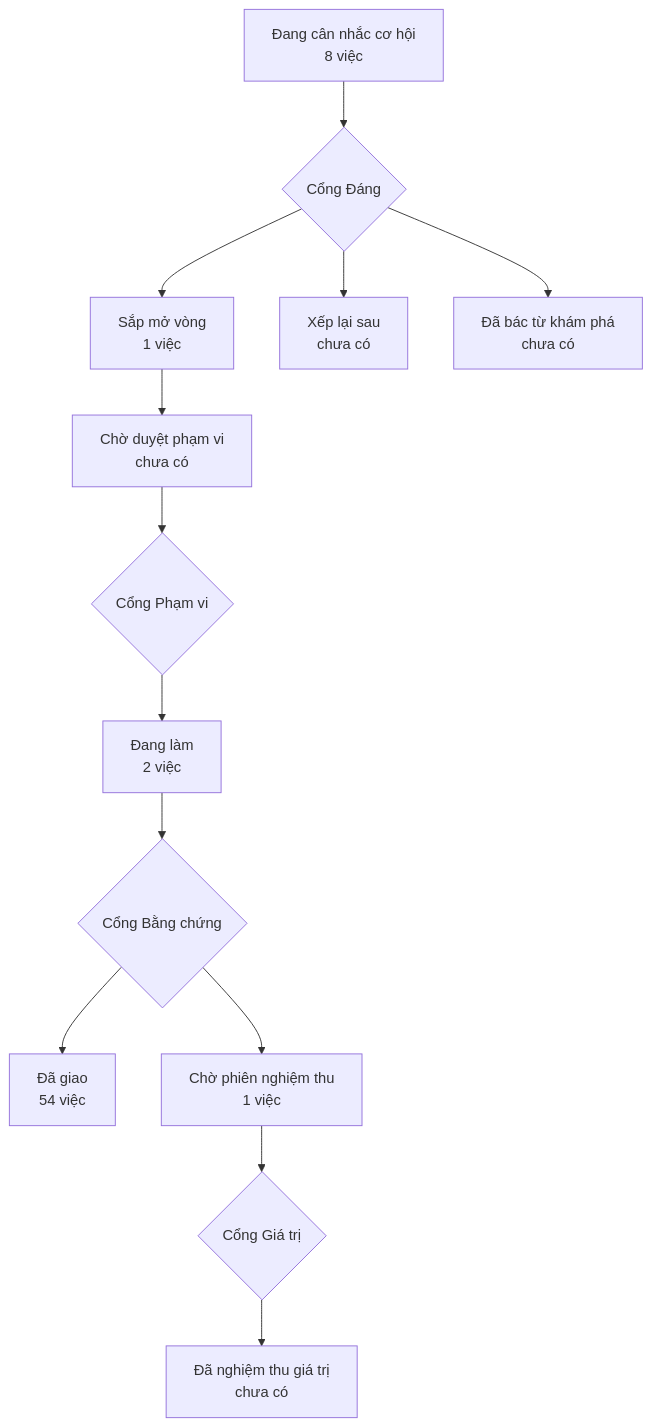
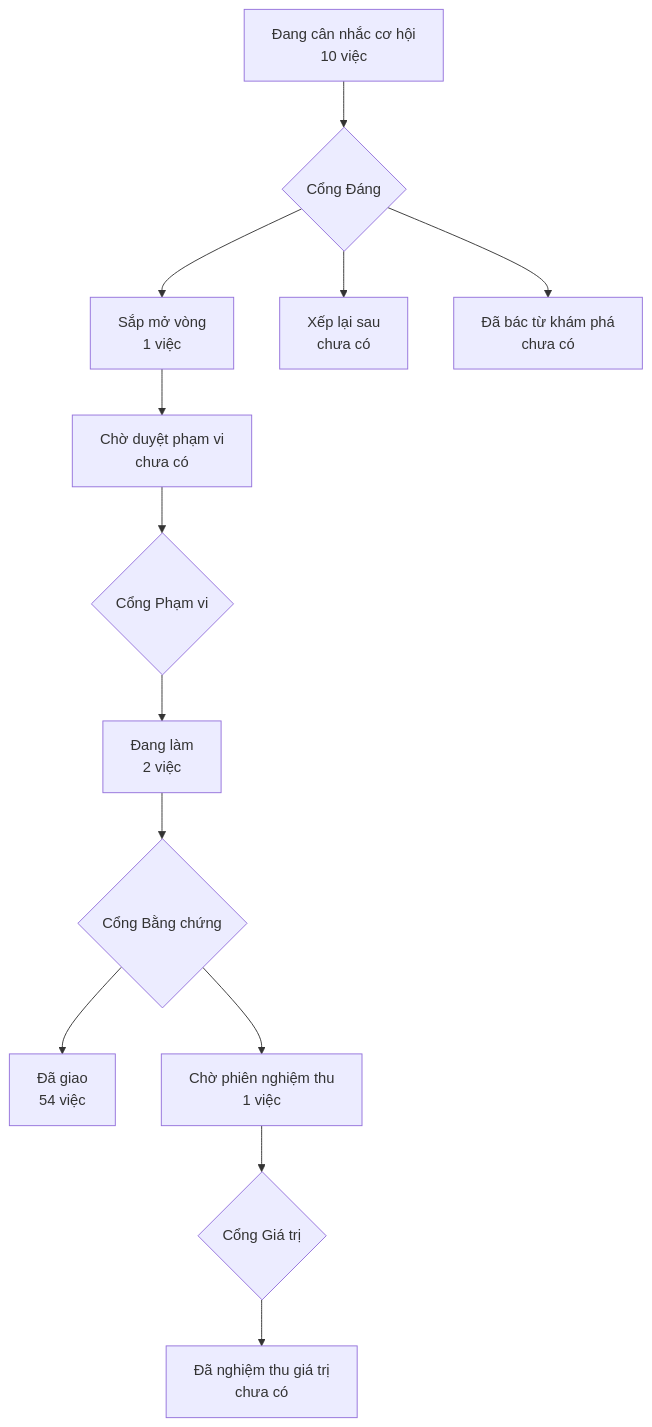
One commit to phanlemanh/acceptance-gate-kit changed the diagram in PRODUCT-MAP.md. Above: the diagram before and after it, drawn with Mermaid. The commit also changed other lines of this file and 5 other files, not shown here.

````diff
--- a/PRODUCT-MAP.md
+++ b/PRODUCT-MAP.md
@@ -6,12 +6,12 @@
 ```mermaid
 flowchart TD
-  A["Đang cân nhắc cơ hội<br/>8 việc"] --> GD{"Cổng Đáng"}
+  A["Đang cân nhắc cơ hội<br/>10 việc"] --> GD{"Cổng Đáng"}
   GD --> B["Sắp mở vòng<br/>1 việc"]
   GD --> XL["Xếp lại sau<br/>chưa có"]
   GD --> DB["Đã bác từ khám phá<br/>chưa có"]
   B --> CD["Chờ duyệt phạm vi<br/>chưa có"] --> GP{"Cổng Phạm vi"}
   GP --> DL["Đang làm<br/>2 việc"] --> GB{"Cổng Bằng chứng"}
   GB --> DG["Đã giao<br/>54 việc"]
   GB --> CN["Chờ phiên nghiệm thu<br/>1 việc"] --> GG{"Cổng Giá trị"}
   GG --> NT["Đã nghiệm thu giá trị<br/>chưa có"]
 ```
````
